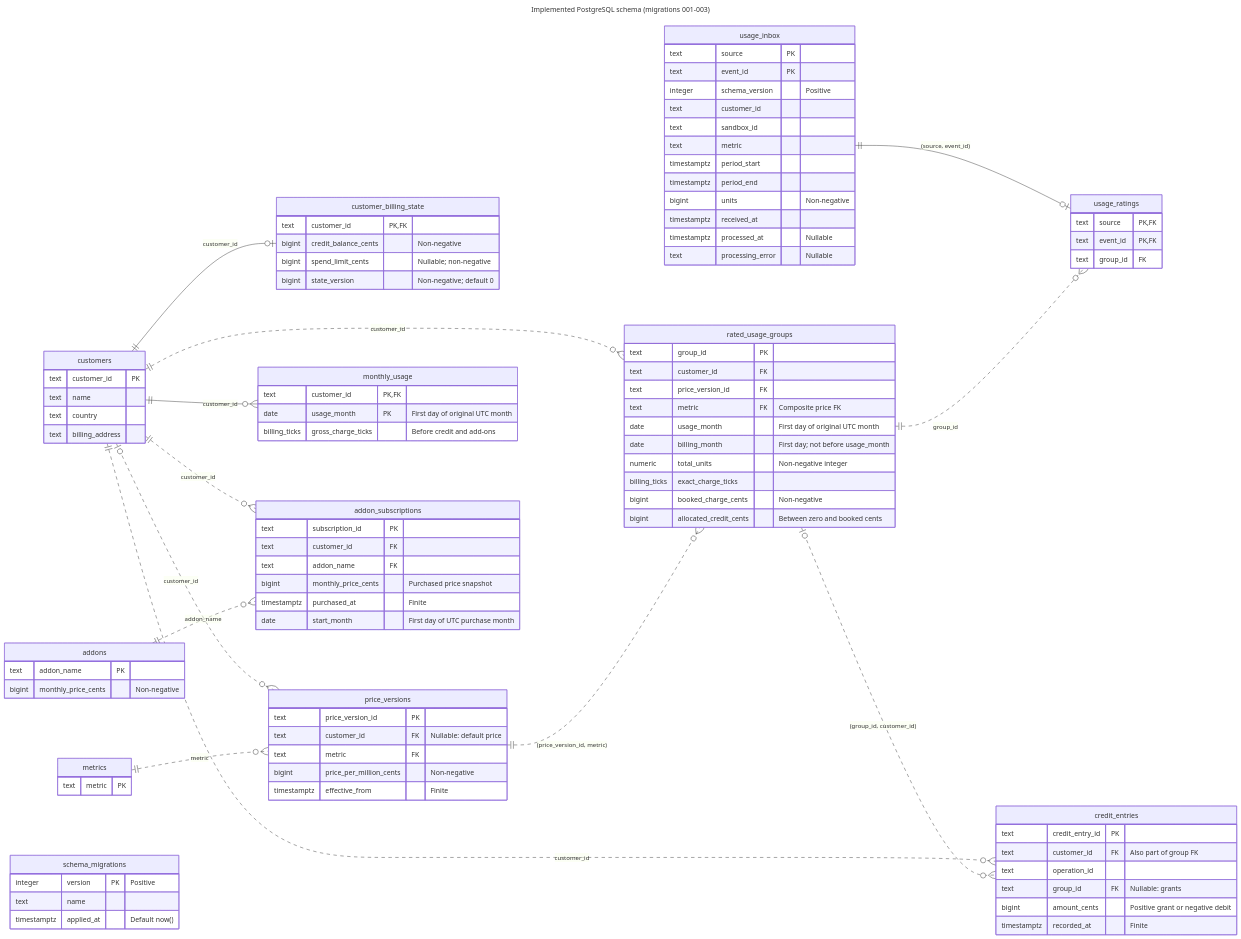
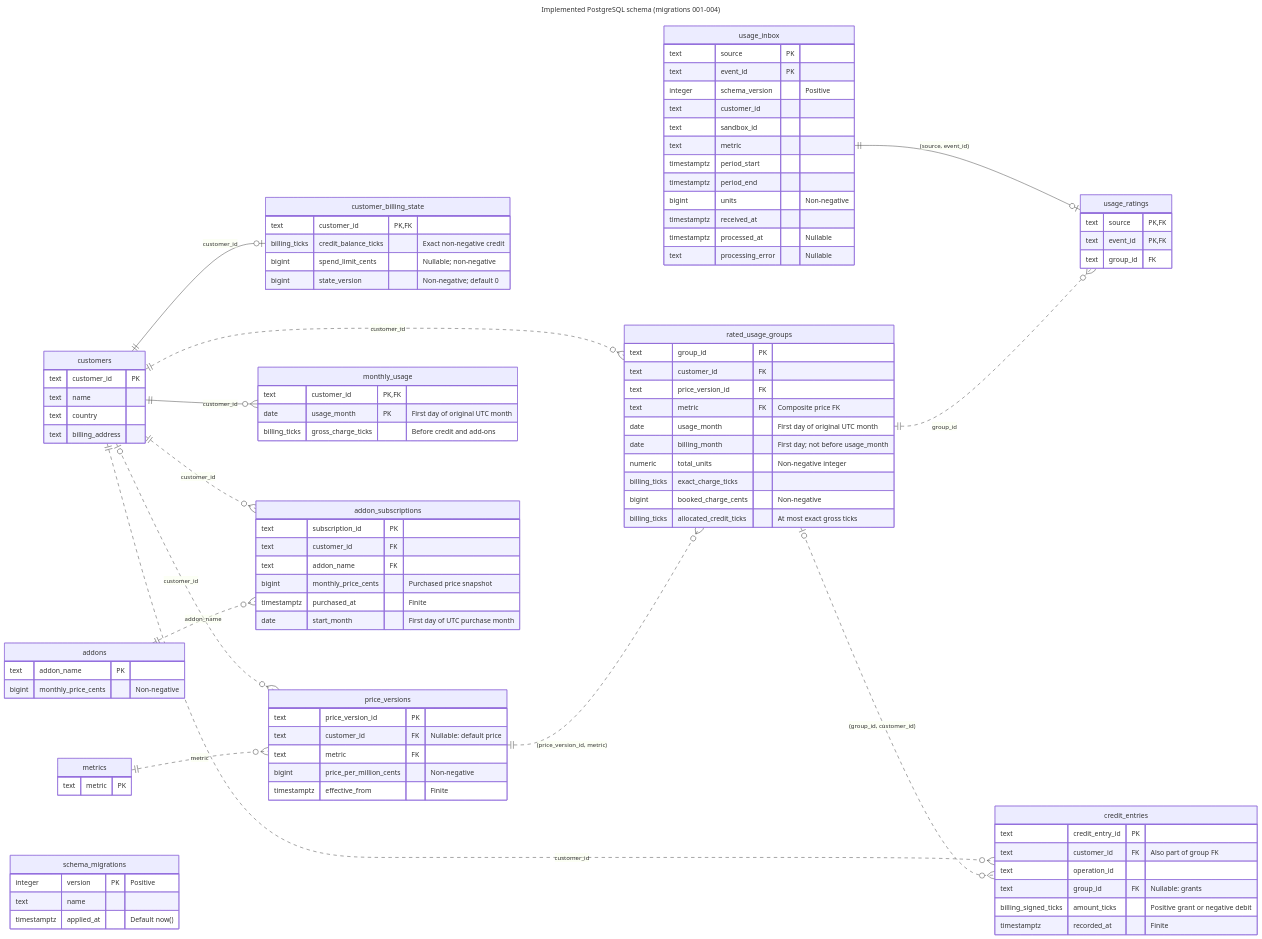
One commit to pupitooo/e2b-billing-api changed the diagram in docs/diagrams/implemented-data-model/implemented-data-model.mmd. Above: the diagram before and after it, drawn with Mermaid. The commit also changed 40 other files, not shown here.

First line of the commit message:
Define financial rules and exact tick credit (#15)

```diff
--- a/docs/diagrams/implemented-data-model/implemented-data-model.mmd
+++ b/docs/diagrams/implemented-data-model/implemented-data-model.mmd
@@ -1,118 +1,119 @@
 ---
-title: Implemented PostgreSQL schema (migrations 001-003)
+title: Implemented PostgreSQL schema (migrations 001-004)
 ---
 erDiagram
     direction LR
 
     customers ||--o| customer_billing_state : customer_id
     customers |o..o{ price_versions : customer_id
     metrics ||..o{ price_versions : metric
     customers ||..o{ rated_usage_groups : customer_id
     price_versions ||..o{ rated_usage_groups : "(price_version_id, metric)"
     usage_inbox ||--o| usage_ratings : "(source, event_id)"
     rated_usage_groups ||..o{ usage_ratings : group_id
     customers ||--o{ monthly_usage : customer_id
     customers ||..o{ credit_entries : customer_id
     rated_usage_groups |o..o{ credit_entries : "(group_id, customer_id)"
     customers ||..o{ addon_subscriptions : customer_id
     addons ||..o{ addon_subscriptions : addon_name
 
     usage_inbox {
         text source PK
         text event_id PK
         integer schema_version "Positive"
         text customer_id
         text sandbox_id
         text metric
         timestamptz period_start
         timestamptz period_end
         bigint units "Non-negative"
         timestamptz received_at
         timestamptz processed_at "Nullable"
         text processing_error "Nullable"
     }
     usage_ratings {
         text source PK,FK
         text event_id PK,FK
         text group_id FK
     }
     rated_usage_groups {
         text group_id PK
         text customer_id FK
         text price_version_id FK
         text metric FK "Composite price FK"
         date usage_month "First day of original UTC month"
         date billing_month "First day; not before usage_month"
         numeric total_units "Non-negative integer"
         billing_ticks exact_charge_ticks
         bigint booked_charge_cents "Non-negative"
-        bigint allocated_credit_cents "Between zero and booked cents"
+        billing_ticks allocated_credit_ticks "At most exact gross ticks"
     }
     customers {
         text customer_id PK
         text name
         text country
         text billing_address
     }
     customer_billing_state {
         text customer_id PK,FK
-        bigint credit_balance_cents "Non-negative"
+        billing_ticks credit_balance_ticks "Exact non-negative credit"
         bigint spend_limit_cents "Nullable; non-negative"
         bigint state_version "Non-negative; default 0"
     }
     metrics {
         text metric PK
     }
     price_versions {
         text price_version_id PK
         text customer_id FK "Nullable: default price"
         text metric FK
         bigint price_per_million_cents "Non-negative"
         timestamptz effective_from "Finite"
     }
     monthly_usage {
         text customer_id PK,FK
         date usage_month PK "First day of original UTC month"
         billing_ticks gross_charge_ticks "Before credit and add-ons"
     }
     credit_entries {
         text credit_entry_id PK
         text customer_id FK "Also part of group FK"
         text operation_id
         text group_id FK "Nullable: grants"
-        bigint amount_cents "Positive grant or negative debit"
+        billing_signed_ticks amount_ticks "Positive grant or negative debit"
         timestamptz recorded_at "Finite"
     }
     addons {
         text addon_name PK
         bigint monthly_price_cents "Non-negative"
     }
     addon_subscriptions {
         text subscription_id PK
         text customer_id FK
         text addon_name FK
         bigint monthly_price_cents "Purchased price snapshot"
         timestamptz purchased_at "Finite"
         date start_month "First day of UTC purchase month"
     }
     schema_migrations {
         integer version PK "Positive"
         text name
         timestamptz applied_at "Default now()"
     }
 
-    %% This diagram covers every table and column created by migrate.sql and migrations 001-003.
+    %% This diagram covers every table and column created by migrate.sql and migrations 001-004.
     %% All columns are NOT NULL unless explicitly labeled Nullable.
     %% PK and FK markers identify membership in primary and foreign keys, including composite keys.
     %% Solid relationships include parent identity in the child's primary key; dashed ones do not.
     %% Edges show declared foreign keys only; usage_inbox has no customer or metric FK.
     %% billing_ticks is numeric constrained to non-negative finite integers; 1 cent = 1,000,000 ticks.
+    %% billing_signed_ticks is numeric constrained to signed finite integers for credit history.
     %% price_versions UNIQUE NULLS NOT DISTINCT: (customer_id, metric, effective_from).
     %% price_versions UNIQUE: (price_version_id, metric).
     %% rated_usage_groups UNIQUE: (customer_id, price_version_id, usage_month, billing_month).
     %% rated_usage_groups UNIQUE: (group_id, customer_id).
     %% credit_entries UNIQUE: (customer_id, operation_id).
     %% addon_subscriptions UNIQUE: (customer_id, addon_name).
     %% price_versions, usage_ratings, and credit_entries reject updates and deletes through triggers.
     %% Triggers also preserve group identity and validate receipt customer, metric, and UTC month.
     %% Invoice tables, invoice numbering, and frozen groups are not implemented.
```
